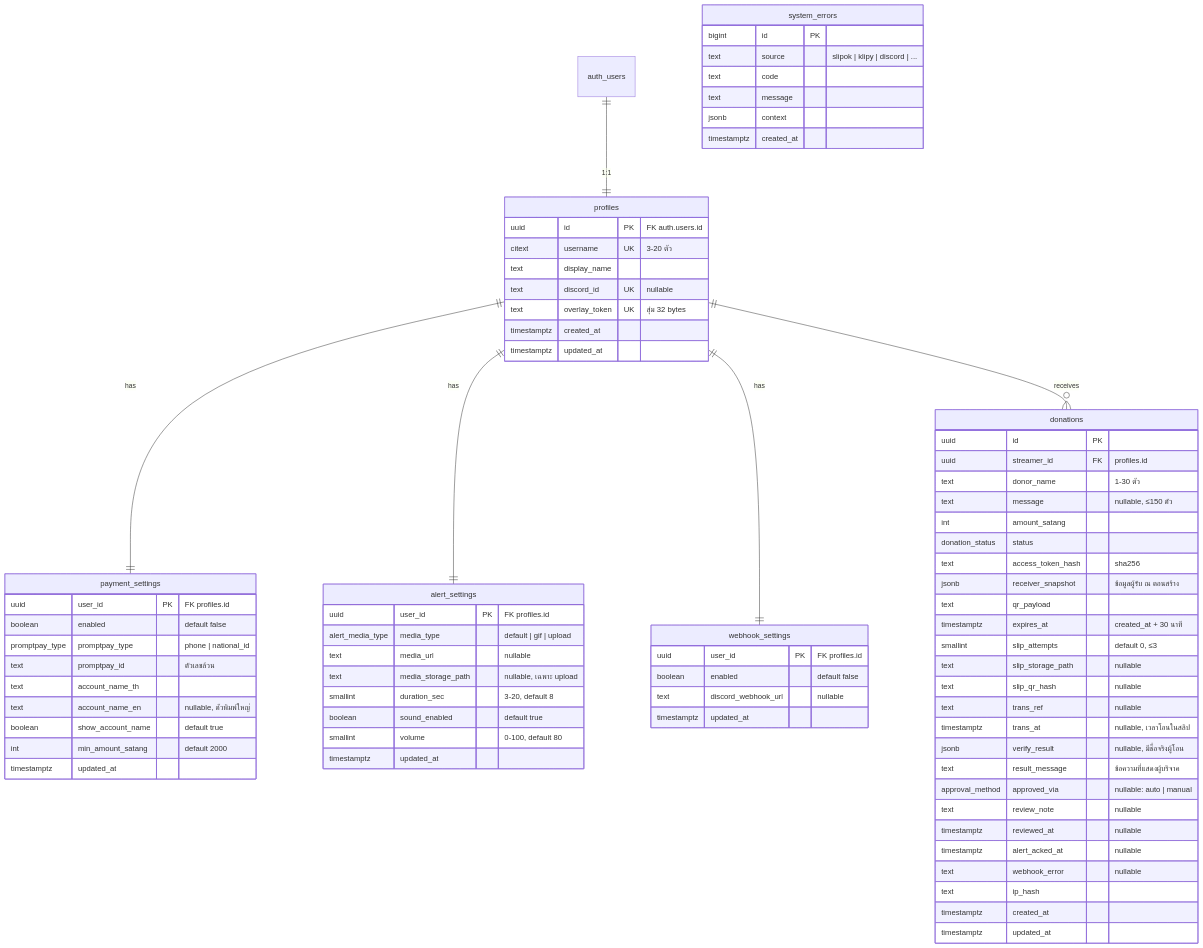
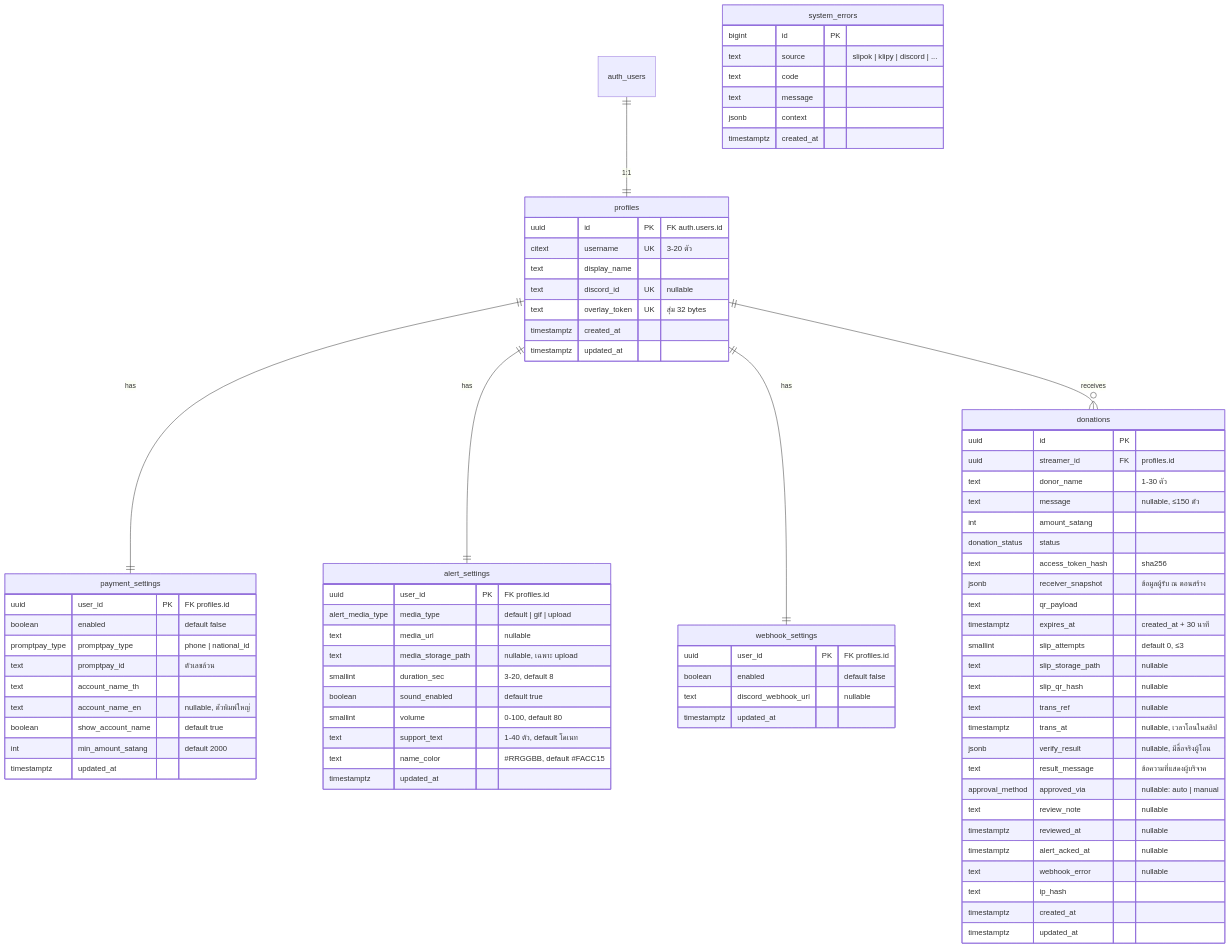
Before and after one commit to autosuwan/kortangnoi: the diagram in docs/er.md, drawn with Mermaid. The commit also changed other lines of this file and 18 other files, not shown here.

First line of the commit message:
Alert style: no card background, custom support text and donor name color

```diff
--- a/docs/er.md
+++ b/docs/er.md
@@ -40,6 +40,8 @@
     smallint duration_sec "3-20, default 8"
     boolean sound_enabled "default true"
     smallint volume "0-100, default 80"
+    text support_text "1-40 ตัว, default โดเนท"
+    text name_color "#RRGGBB, default #FACC15"
     timestamptz updated_at
   }
 
```
